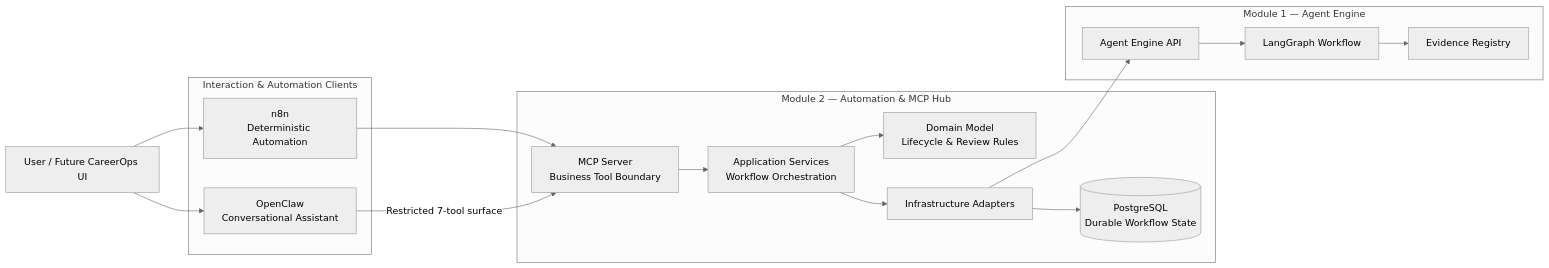
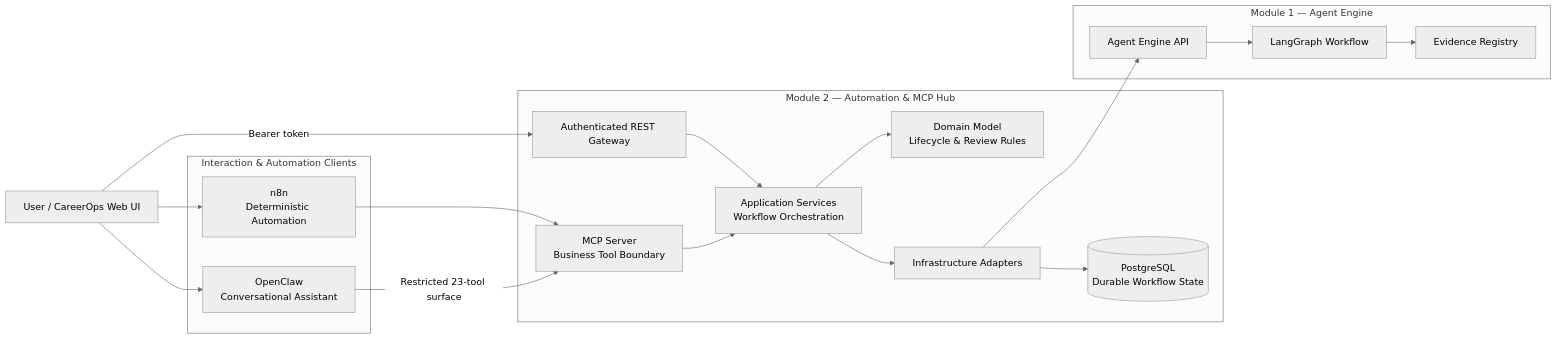
The first of 6 diagrams in docs/ARCHITECTURE.md (ha7n23/careerops-automation-mcp-hub), drawn with Mermaid (neutral theme) before and after one commit. The commit also changed other lines of this file and 4 other files, not shown here.

````diff
--- a/docs/ARCHITECTURE.md
+++ b/docs/ARCHITECTURE.md
@@ -15,35 +21,38 @@
 ```mermaid
 flowchart LR
-    U[User / Future CareerOps UI]
+    U[User / CareerOps Web UI]
 
     subgraph Clients["Interaction & Automation Clients"]
         N[n8n\nDeterministic Automation]
         O[OpenClaw\nConversational Assistant]
     end
 
     subgraph M2["Module 2 — Automation & MCP Hub"]
+        HTTP[Authenticated REST Gateway]
         MCP[MCP Server\nBusiness Tool Boundary]
         APP[Application Services\nWorkflow Orchestration]
         DOM[Domain Model\nLifecycle & Review Rules]
         INF[Infrastructure Adapters]
         DB[(PostgreSQL\nDurable Workflow State)]
     end
 
     subgraph M1["Module 1 — Agent Engine"]
         API[Agent Engine API]
         LG[LangGraph Workflow]
         ER[Evidence Registry]
     end
 
+    U -->|Bearer token| HTTP
+    HTTP --> APP
     U --> N
     U --> O
     N --> MCP
-    O -->|Restricted 7-tool surface| MCP
+    O -->|Restricted 23-tool surface| MCP
     MCP --> APP
     APP --> DOM
     APP --> INF
     INF --> DB
     INF --> API
     API --> LG
     LG --> ER
 ```
````
